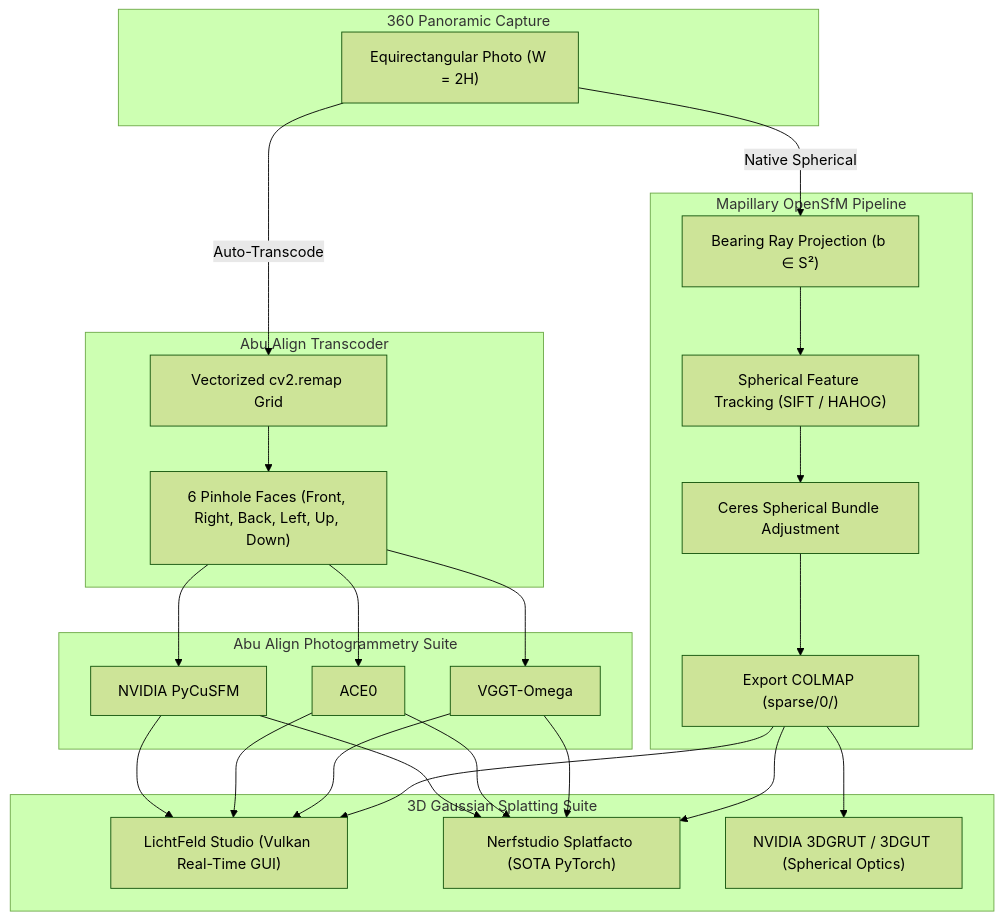
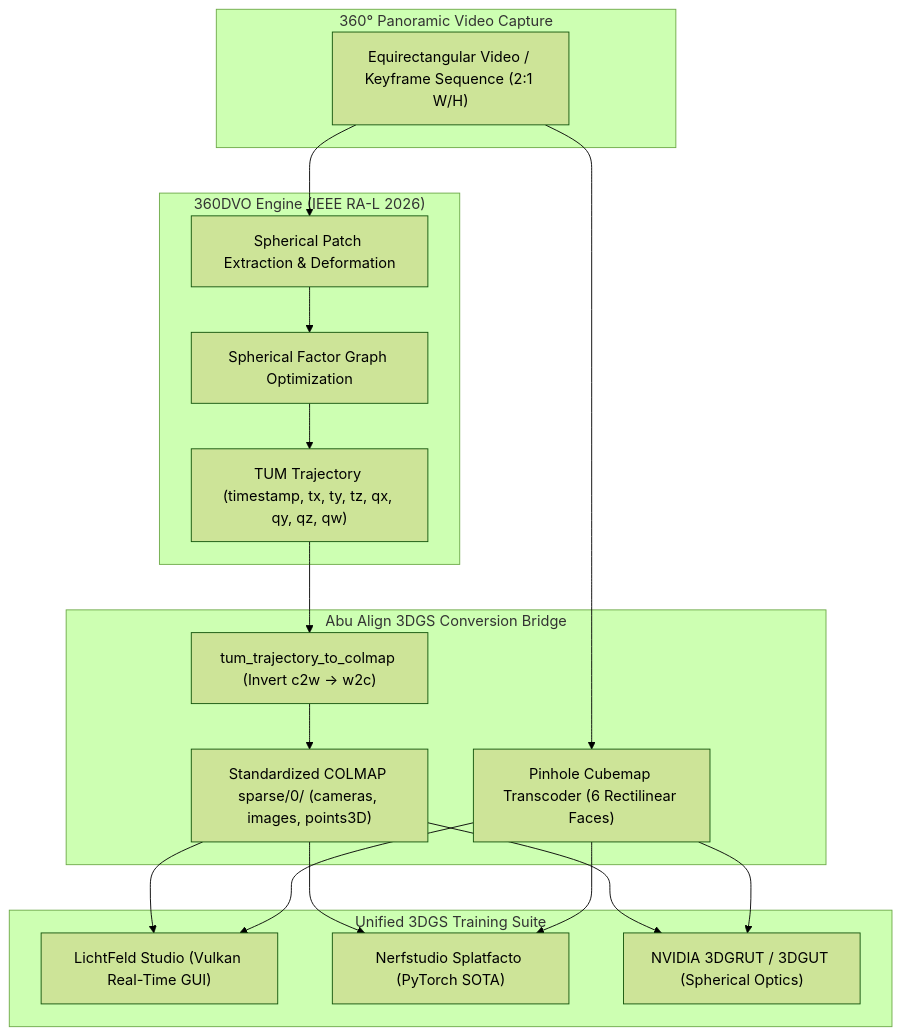
One commit to saemranian/abu-align-train changed the diagram in Abu_Align/walkthrough.md. Above: the diagram before and after it, drawn with Mermaid (forest theme). The commit also changed other lines of this file and 27 other files, not shown here.

Commit message:
v0.0.2.1: Add 360DVO Deep Visual Odometry engine, TUM-to-COLMAP converter, and GUI subpanel

````diff
--- a/Abu_Align/walkthrough.md
+++ b/Abu_Align/walkthrough.md
@@ -33,39 +11,29 @@
 ```mermaid
 flowchart TD
-    subgraph Input ["360 Panoramic Capture"]
-        Pano["Equirectangular Photo (W = 2H)"]
+    subgraph Input ["360° Panoramic Video Capture"]
+        Video["Equirectangular Video / Keyframe Sequence (2:1 W/H)"]
     end
 
-    subgraph OpenSfM ["Mapillary OpenSfM Pipeline"]
-        Bearing["Bearing Ray Projection (b ∈ S²)"]
-        Tracks["Spherical Feature Tracking (SIFT / HAHOG)"]
-        Ceres["Ceres Spherical Bundle Adjustment"]
-        ColmapOut["Export COLMAP (sparse/0/)"]
+    subgraph DVO360 ["360DVO Engine (IEEE RA-L 2026)"]
+        Patches["Spherical Patch Extraction & Deformation"]
+        FactorGraph["Spherical Factor Graph Optimization"]
+        TUM["TUM Trajectory (timestamp, tx, ty, tz, qx, qy, qz, qw)"]
     end
 
-    subgraph CubemapTranscoder ["Abu Align Transcoder"]
-        Transcode["Vectorized cv2.remap Grid"]
-        Faces["6 Pinhole Faces (Front, Right, Back, Left, Up, Down)"]
+    subgraph Bridge ["Abu Align 3DGS Conversion Bridge"]
+        TUMtoCOLMAP["tum_trajectory_to_colmap (Invert c2w -> w2c)"]
+        Sparse0["Standardized COLMAP sparse/0/ (cameras, images, points3D)"]
+        Transcoder["Pinhole Cubemap Transcoder (6 Rectilinear Faces)"]
     end
 
-    subgraph Engines ["Abu Align Photogrammetry Suite"]
-        E1["VGGT-Omega"]
-        E2["ACE0"]
-        E3["NVIDIA PyCuSFM"]
-    end
-
-    subgraph Training3DGS ["3D Gaussian Splatting Suite"]
+    subgraph TrainingEngines ["Unified 3DGS Training Suite"]
         LF["LichtFeld Studio (Vulkan Real-Time GUI)"]
-        NS["Nerfstudio Splatfacto (SOTA PyTorch)"]
+        NS["Nerfstudio Splatfacto (PyTorch SOTA)"]
         GRUT["NVIDIA 3DGRUT / 3DGUT (Spherical Optics)"]
     end
 
-    Pano -->|Native Spherical| Bearing
-    Bearing --> Tracks --> Ceres --> ColmapOut
-
-    Pano -->|Auto-Transcode| Transcode --> Faces
-    Faces --> E1 & E2 & E3
-
-    ColmapOut --> LF & NS & GRUT
-    E1 & E2 & E3 --> LF & NS
+    Video --> Patches --> FactorGraph --> TUM
+    TUM --> TUMtoCOLMAP --> Sparse0
+    Video --> Transcoder
+    Sparse0 & Transcoder --> LF & NS & GRUT
 ```
````
